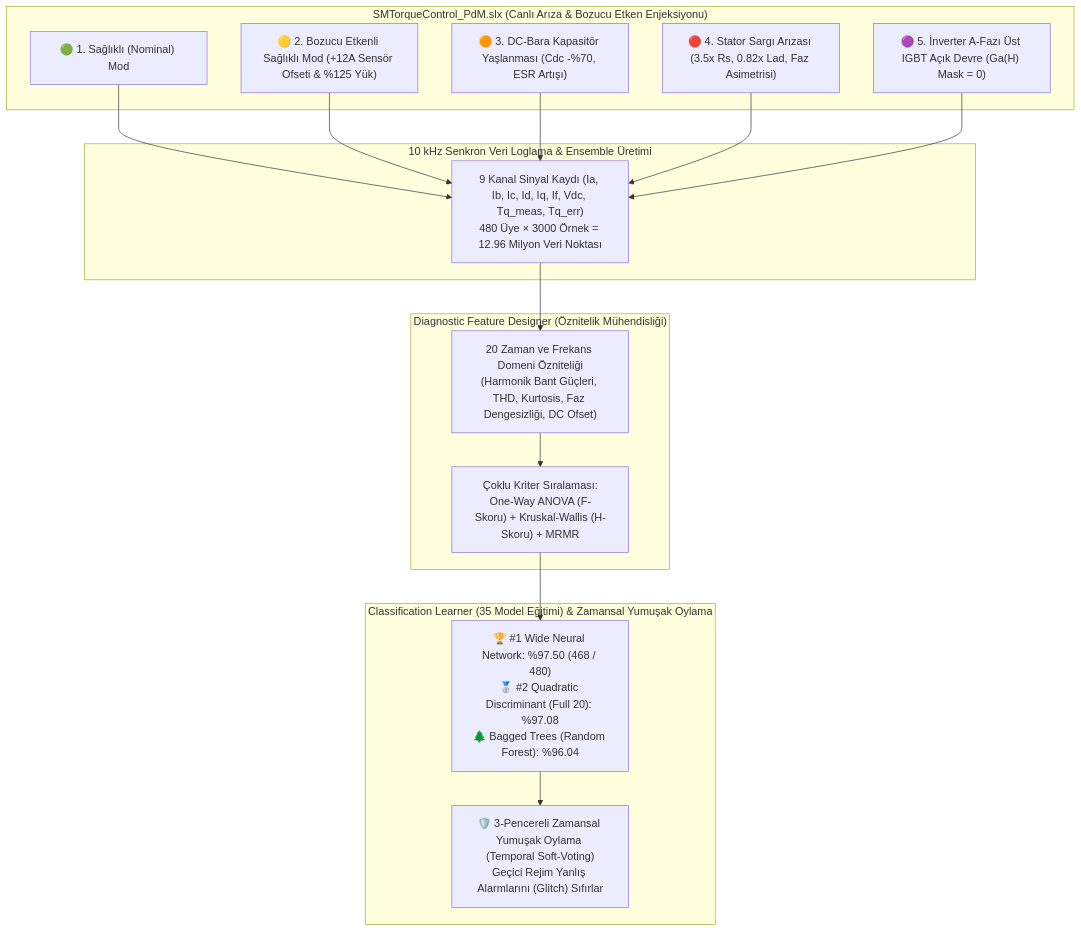
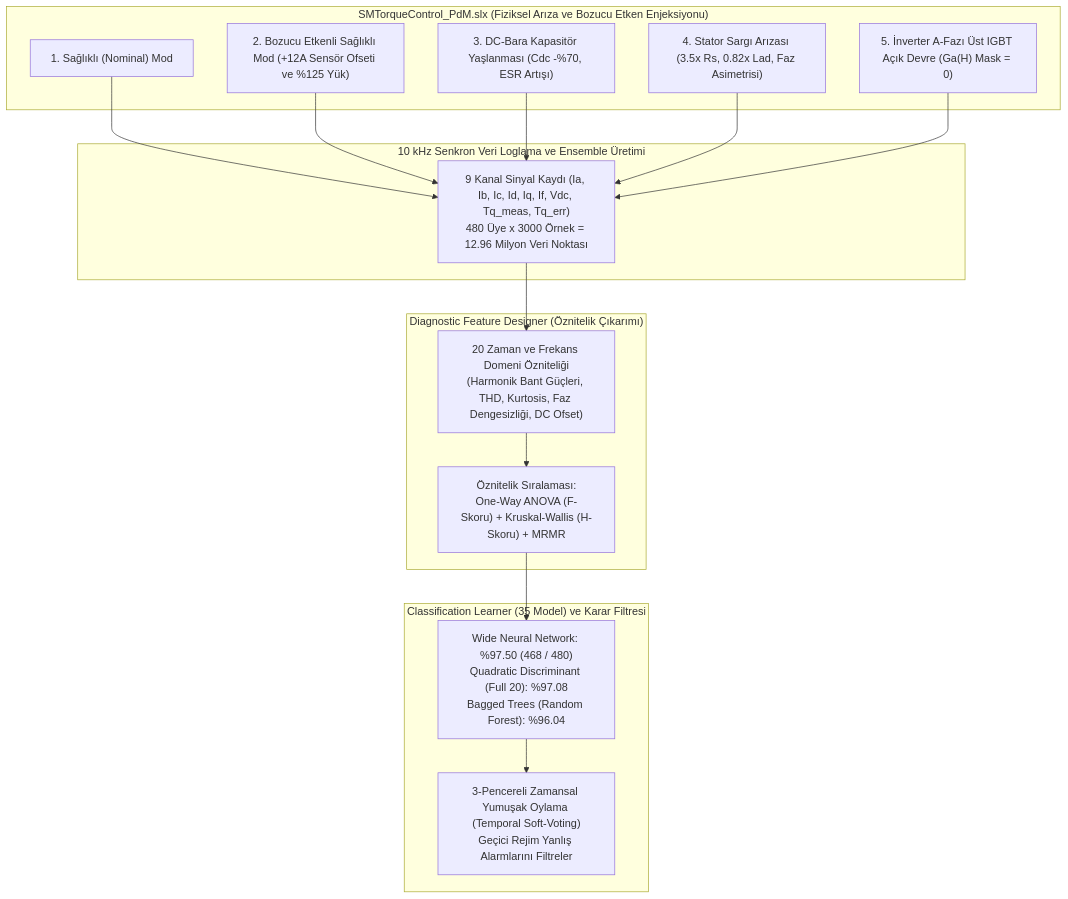
Before and after one commit to dogukankilinc/Senkron-Makine-YapayZeka-Kontrol-ve-Kestirimci-Bakim: the second of 2 diagrams in README.md, drawn with Mermaid. The commit also changed other lines of this file, not shown here.

````diff
--- a/README.md
+++ b/README.md
@@ -55,27 +57,27 @@
 ```mermaid
 flowchart TD
-    subgraph SimulinkPdM["SMTorqueControl_PdM.slx (Canlı Arıza & Bozucu Etken Enjeksiyonu)"]
-        B1["🟢 1. Sağlıklı (Nominal) Mod"]
-        B2["🟡 2. Bozucu Etkenli Sağlıklı Mod (+12A Sensör Ofseti & %125 Yük)"]
-        B3["🟠 3. DC-Bara Kapasitör Yaşlanması (Cdc -%70, ESR Artışı)"]
-        B4["🔴 4. Stator Sargı Arızası (3.5x Rs, 0.82x Lad, Faz Asimetrisi)"]
-        B5["🟣 5. İnverter A-Fazı Üst IGBT Açık Devre (Ga(H) Mask = 0)"]
+    subgraph SimulinkPdM["SMTorqueControl_PdM.slx (Fiziksel Arıza ve Bozucu Etken Enjeksiyonu)"]
+        B1["1. Sağlıklı (Nominal) Mod"]
+        B2["2. Bozucu Etkenli Sağlıklı Mod (+12A Sensör Ofseti ve %125 Yük)"]
+        B3["3. DC-Bara Kapasitör Yaşlanması (Cdc -%70, ESR Artışı)"]
+        B4["4. Stator Sargı Arızası (3.5x Rs, 0.82x Lad, Faz Asimetrisi)"]
+        B5["5. İnverter A-Fazı Üst IGBT Açık Devre (Ga(H) Mask = 0)"]
     end
 
-    subgraph VeriToplama["10 kHz Senkron Veri Loglama & Ensemble Üretimi"]
-        Log["9 Kanal Sinyal Kaydı (Ia, Ib, Ic, Id, Iq, If, Vdc, Tq_meas, Tq_err)<br/>480 Üye × 3000 Örnek = 12.96 Milyon Veri Noktası"]
+    subgraph VeriToplama["10 kHz Senkron Veri Loglama ve Ensemble Üretimi"]
+        Log["9 Kanal Sinyal Kaydı (Ia, Ib, Ic, Id, Iq, If, Vdc, Tq_meas, Tq_err)<br/>480 Üye x 3000 Örnek = 12.96 Milyon Veri Noktası"]
     end
 
-    subgraph DFD["Diagnostic Feature Designer (Öznitelik Mühendisliği)"]
+    subgraph DFD["Diagnostic Feature Designer (Öznitelik Çıkarımı)"]
         Feat["20 Zaman ve Frekans Domeni Özniteliği<br/>(Harmonik Bant Güçleri, THD, Kurtosis, Faz Dengesizliği, DC Ofset)"]
-        Rank["Çoklu Kriter Sıralaması:<br/>One-Way ANOVA (F-Skoru) + Kruskal-Wallis (H-Skoru) + MRMR"]
+        Rank["Öznitelik Sıralaması:<br/>One-Way ANOVA (F-Skoru) + Kruskal-Wallis (H-Skoru) + MRMR"]
     end
 
-    subgraph Siniflandirma["Classification Learner (35 Model Eğitimi) & Zamansal Yumuşak Oylama"]
-        CL["🏆 #1 Wide Neural Network: %97.50 (468 / 480)<br/>🥈 #2 Quadratic Discriminant (Full 20): %97.08<br/>🌲 Bagged Trees (Random Forest): %96.04"]
-        SoftVote["🛡️ 3-Pencereli Zamansal Yumuşak Oylama (Temporal Soft-Voting)<br/>Geçici Rejim Yanlış Alarmlarını (Glitch) Sıfırlar"]
+    subgraph Siniflandirma["Classification Learner (35 Model) ve Karar Filtresi"]
+        CL["Wide Neural Network: %97.50 (468 / 480)<br/>Quadratic Discriminant (Full 20): %97.08<br/>Bagged Trees (Random Forest): %96.04"]
+        SoftVote["3-Pencereli Zamansal Yumuşak Oylama (Temporal Soft-Voting)<br/>Geçici Rejim Yanlış Alarmlarını Filtreler"]
     end
 
     B1 & B2 & B3 & B4 & B5 --> Log
     Log --> Feat --> Rank --> CL --> SoftVote
 ```
````
